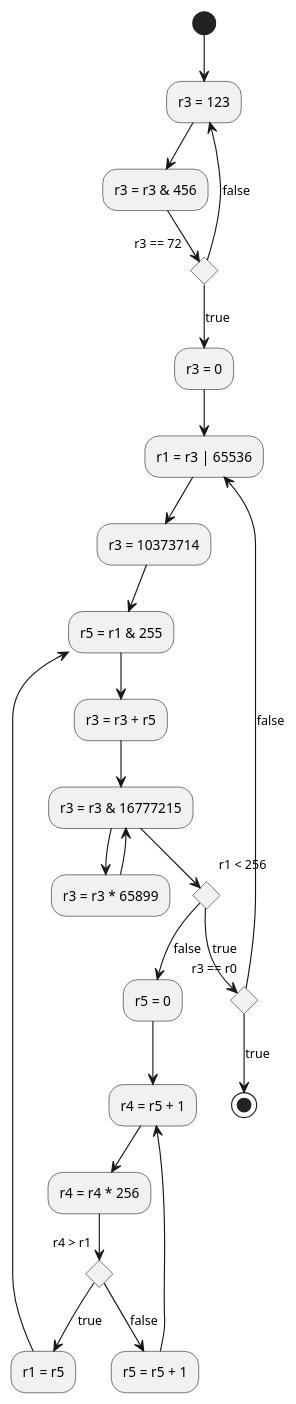
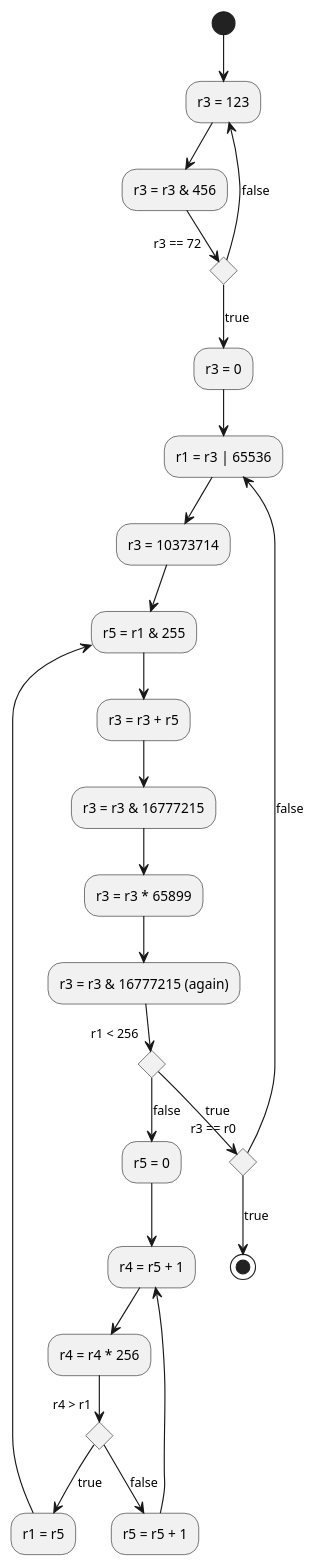
The diagram in notes.org (k3ut0i/aoc18), drawn with PlantUML before and after one commit. The commit also changed other lines of this file and 3 other files, not shown here.

```diff
--- a/notes.org
+++ b/notes.org
@@ -393,34 +393,34 @@
-#+BEGIN_SRC plantuml :file "day21_flow.png" :exports both
+#+BEGIN_SRC plantuml :file "day21_flow.png" :exports results
   (*) --> "r3 = 123"
   --> "r3 = r3 & 456"
   --> if "r3 == 72" then
 	  -->[true] "r3 = 0"
   else
 	  -->[false] "r3 = 123"
   endif	
   "r3 = 0" --> "r1 = r3 | 65536"
   --> "r3 = 10373714"
   --> "r5 = r1 & 255"
   --> "r3 = r3 + r5"
   --> "r3 = r3 & 16777215"
   --> "r3 = r3 * 65899"
-  --> "r3 = r3 & 16777215"
+  --> "r3 = r3 & 16777215 (again)"
   --> if "r1 < 256" then
 	  -->[true] if "r3 == r0" then
 		  -->[true] (*)
 	  else
 		  -->[false] "r1 = r3 | 65536"
 	  endif
   else
-	  -->[false] "r5 = 0"
+  -->[false] "r5 = 0"
   endif
   "r5 = 0" --> "r4 = r5 + 1"
   --> "r4 = r4 * 256"
   --> if "r4 > r1" then
-	  -->[true] "r1 = r5"
+  -->[true] "r1 = r5"
   else
-	  -->[false] "r5 = r5 + 1"
+  -->[false] "r5 = r5 + 1"
   endif
   "r5 = r5 + 1" --> "r4 = r5 + 1"
   "r1 = r5" --> "r5 = r1 & 255"
 #+END_SRC
```
